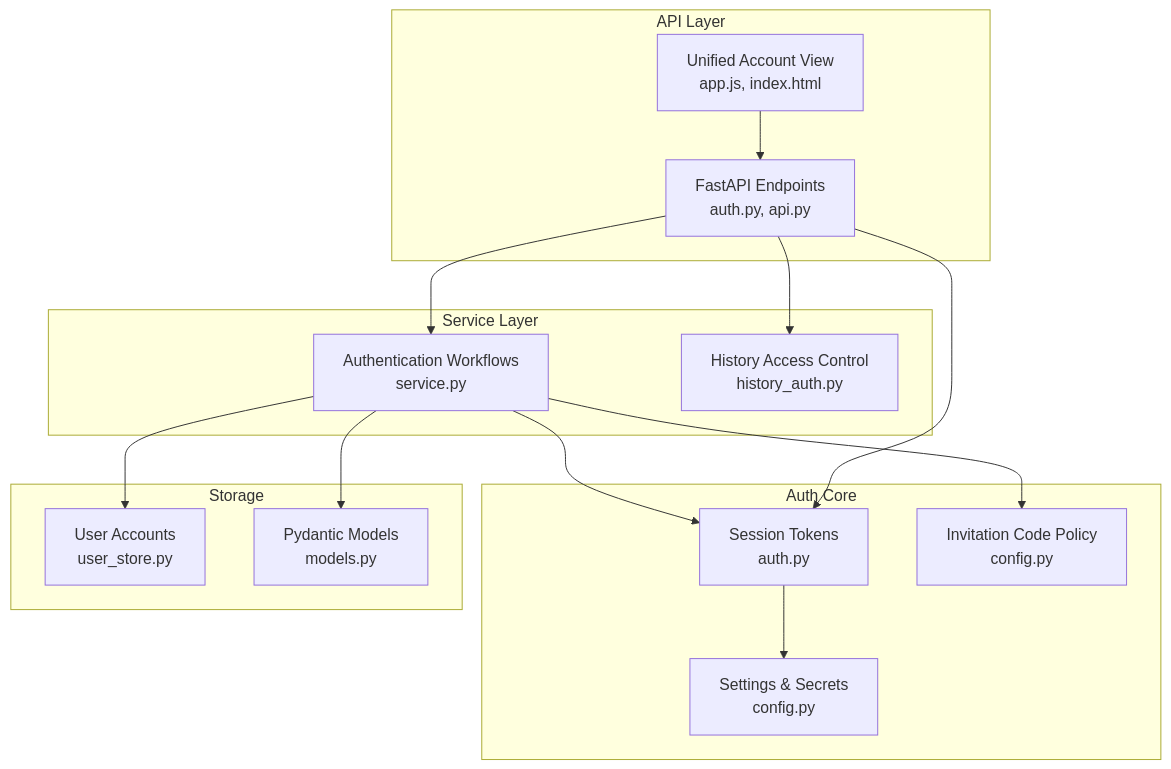
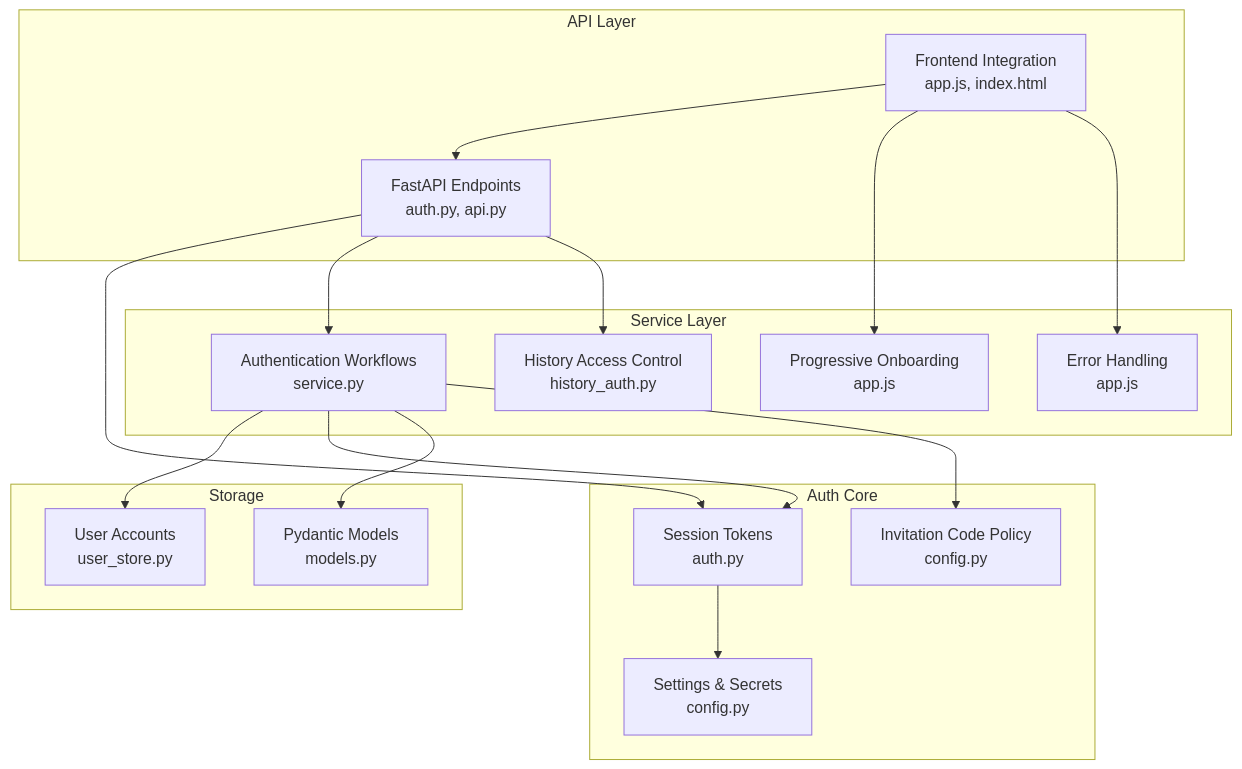
One commit to intellistream/sage-mate changed the first of 16 diagrams in .qoder/repowiki/en/content/Core Components/Authentication System.md. Above: the diagram before and after it, drawn with Mermaid. The commit also changed other lines of this file and 53 other files, not shown here.

First line of the commit message:
chore: update ROADMAP and changelog for v4.1.0–v4.2.5, frontend UX fixes

````diff
--- a/.qoder/repowiki/en/content/Core Components/Authentication System.md
+++ b/.qoder/repowiki/en/content/Core Components/Authentication System.md
@@ -51,29 +53,33 @@
 ```mermaid
 graph TB
 subgraph "API Layer"
 API["FastAPI Endpoints<br/>auth.py, api.py"]
-FRONT["Unified Account View<br/>app.js, index.html"]
+FRONT["Frontend Integration<br/>app.js, index.html"]
 end
 subgraph "Auth Core"
 AUTH["Session Tokens<br/>auth.py"]
 CFG["Settings & Secrets<br/>config.py"]
 INV["Invitation Code Policy<br/>config.py"]
 end
 subgraph "Storage"
 USTORE["User Accounts<br/>user_store.py"]
 MODELS["Pydantic Models<br/>models.py"]
 end
 subgraph "Service Layer"
 SVC["Authentication Workflows<br/>service.py"]
 HIST["History Access Control<br/>history_auth.py"]
+ONBOARD["Progressive Onboarding<br/>app.js"]
+ERROR["Error Handling<br/>app.js"]
 end
 FRONT --> API
 API --> AUTH
 API --> SVC
 AUTH --> CFG
 SVC --> USTORE
 SVC --> AUTH
 SVC --> MODELS
 SVC --> INV
 API --> HIST
+FRONT --> ONBOARD
+FRONT --> ERROR
 ```
````
